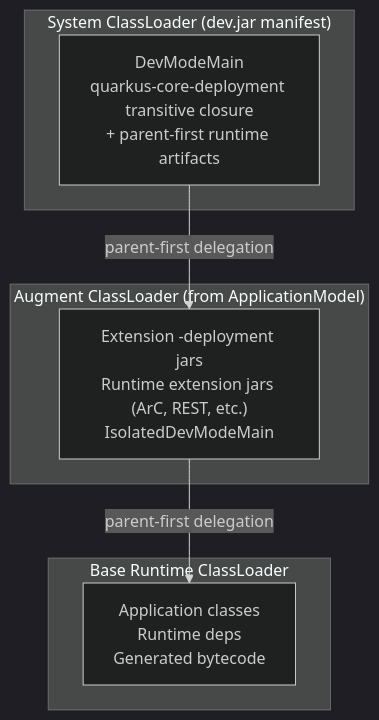
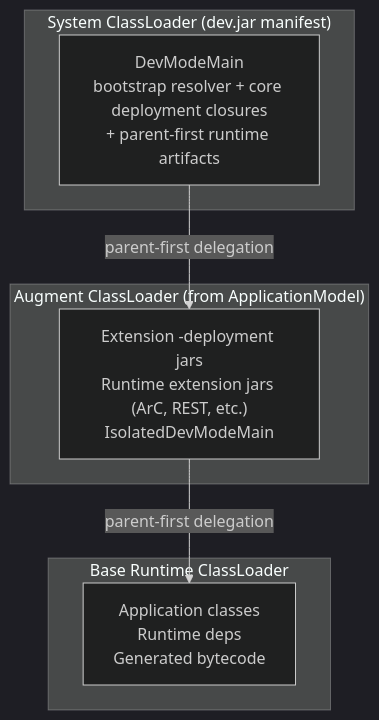
Before and after one commit to clementguillot/rules_quarkus: the second of 2 diagrams in docs/dev-mode.md, drawn with Mermaid (dark theme). The commit also changed other lines of this file and 86 other files, not shown here.

First line of the commit message:
feat: replace inferred `ApplicationModel` with explicit Bazel dependency graph (#140)

````diff
--- a/docs/dev-mode.md
+++ b/docs/dev-mode.md
@@ -85,17 +85,17 @@
 ```mermaid
 graph TD
     subgraph "System ClassLoader (dev.jar manifest)"
-        SYS["DevModeMain<br/>quarkus-core-deployment transitive closure<br/>+ parent-first runtime artifacts"]
+        SYS["DevModeMain<br/>bootstrap resolver + core deployment closures<br/>+ parent-first runtime artifacts"]
     end
 
     subgraph "Augment ClassLoader (from ApplicationModel)"
         AUG["Extension -deployment jars<br/>Runtime extension jars (ArC, REST, etc.)<br/>IsolatedDevModeMain"]
     end
 
     subgraph "Base Runtime ClassLoader"
         RT["Application classes<br/>Runtime deps<br/>Generated bytecode"]
     end
 
     SYS -->|"parent-first delegation"| AUG
     AUG -->|"parent-first delegation"| RT
 ```
````
